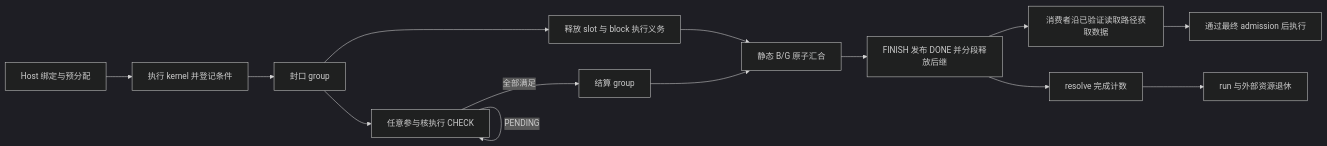
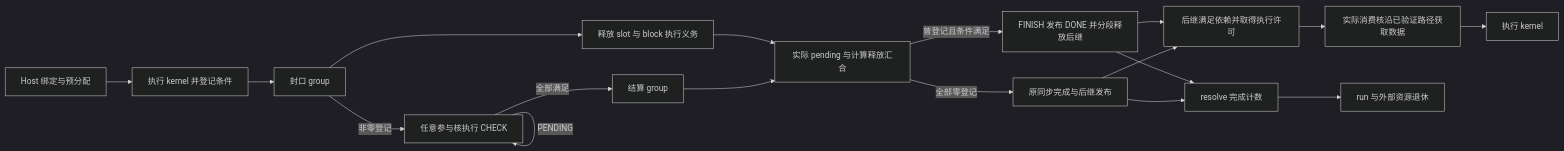
Before and after one commit to nalinaly/simpler: the diagram in docs/zh-cn/design/a5-hbg-async-completion.md, drawn with Mermaid (dark theme). The commit also changed other lines of this file and 25 other files, not shown here.

````diff
--- a/docs/zh-cn/design/a5-hbg-async-completion.md
+++ b/docs/zh-cn/design/a5-hbg-async-completion.md
@@ -36,16 +36,20 @@
 ```mermaid
 flowchart LR
     H[Host 绑定与预分配] --> K[执行 kernel 并登记条件]
     K --> S[封口 group]
     S --> R[释放 slot 与 block 执行义务]
-    S --> C[任意参与核执行 CHECK]
+    S -->|非零登记| C[任意参与核执行 CHECK]
     C -->|PENDING| C
     C -->|全部满足| G[结算 group]
-    R --> J[静态 B/G 原子汇合]
+    R --> J[实际 pending 与计算释放汇合]
     G --> J
-    J --> F[FINISH 发布 DONE 并分段释放后继]
-    F --> P[消费者沿已验证读取路径获取数据]
-    P --> D[通过最终 admission 后执行]
+    J -->|曾登记且条件满足| F[FINISH 发布 DONE 并分段释放后继]
+    J -->|全部零登记| T[原同步完成与后继发布]
+    F --> A[后继满足依赖并取得执行许可]
+    T --> A
+    A --> P[实际消费核沿已验证路径获取数据]
+    P --> D[执行 kernel]
     F --> Q[resolve 完成计数]
+    T --> Q
     Q --> X[run 与外部资源退休]
 ```
````
